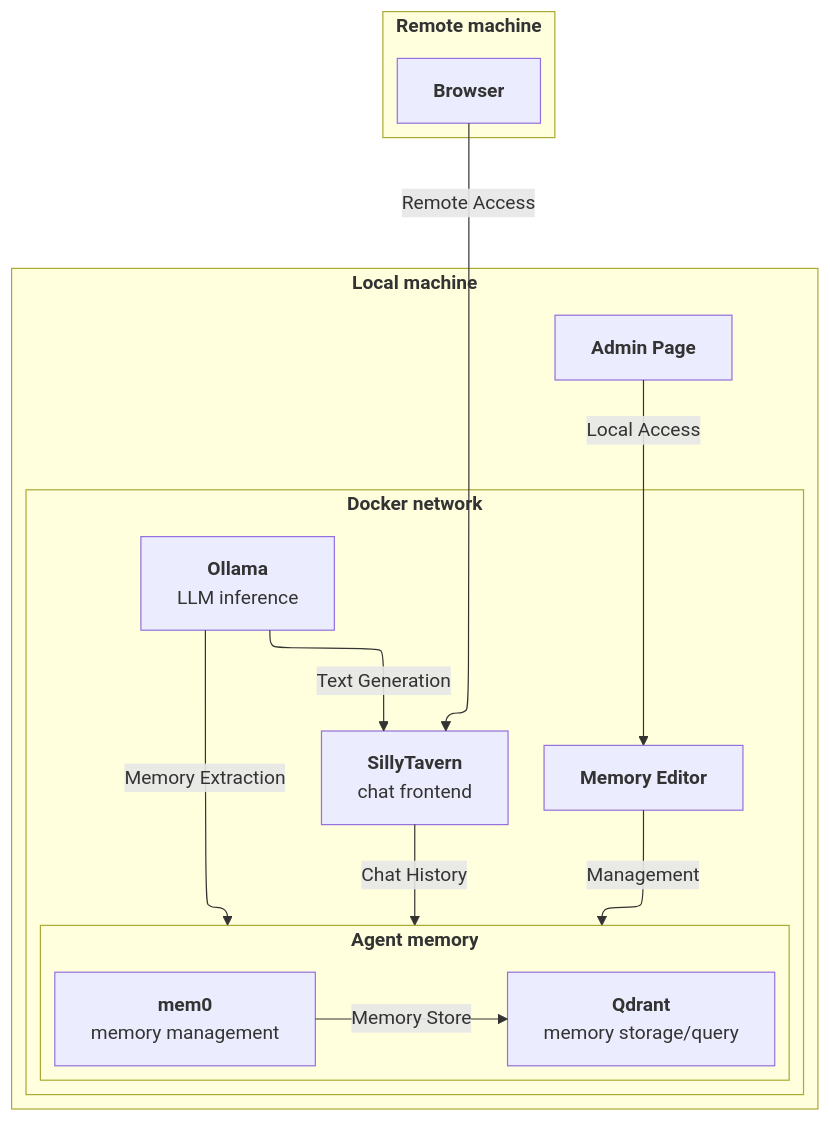
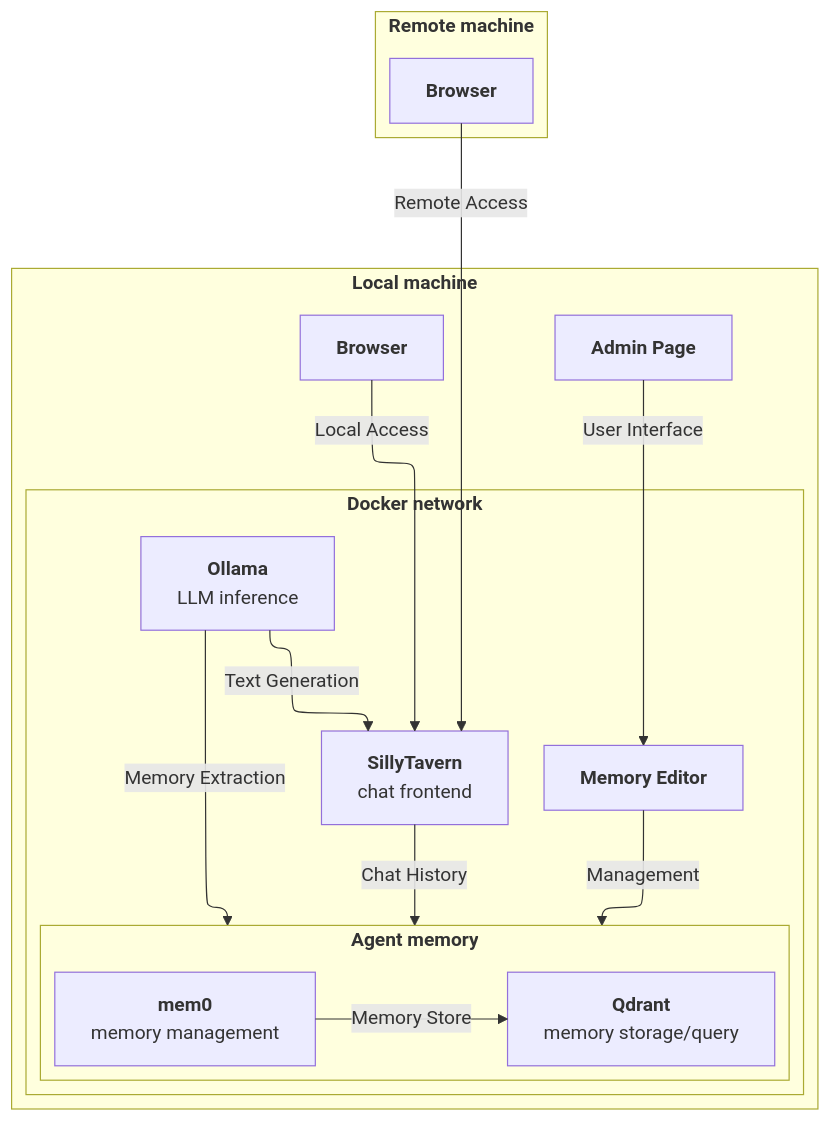
Before and after one commit to chuyaowang/local-sillytavern-with-memory: the diagram in docs/ARCHITECTURE.md, drawn with Mermaid. The commit also changed 3 other files, not shown here.

First line of the commit message:
docs: document local-machine access to SillyTavern

````diff
--- a/docs/ARCHITECTURE.md
+++ b/docs/ARCHITECTURE.md
@@ -3,34 +3,36 @@
 ```mermaid
 graph TD
     %%{init: {"flowchart": {"defaultRenderer": "elk"}} }%%
     subgraph remote_machine["<b>Remote machine</b>"]
         remote["<b>Browser</b>"]
     end
 
     subgraph local_machine["<b>Local machine</b>"]
         direction LR
         host["<b>Admin Page</b>"]
+        local["<b>Browser"]
         
         subgraph docker["<b>Docker network</b>"]
             direction LR
             editor["<b>Memory Editor</b>"]
             st["<b>SillyTavern</b><br/>chat frontend"]
             ollama["<b>Ollama</b><br/>LLM inference"]
 
             subgraph memory["<b>Agent memory</b>"]
             direction LR
                 mem0["<b>mem0</b><br/>memory management"]
                 qdrant["<b>Qdrant</b><br/>memory storage/query"]
             end
         end
     end
 
     remote -- Remote Access --> st
-    host -- Local Access --> editor
+    host -- User Interface --> editor
+    local -- Local Access --> st
     editor -- Management --> memory
 
     ollama -- Text Generation --> st
     st -- Chat History --> memory
     ollama -- Memory Extraction --> memory
     mem0 -- Memory Store --> qdrant
 ```
````
